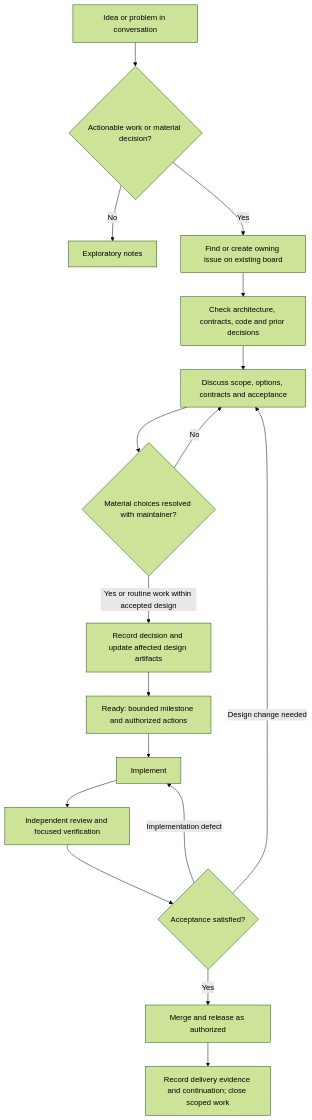
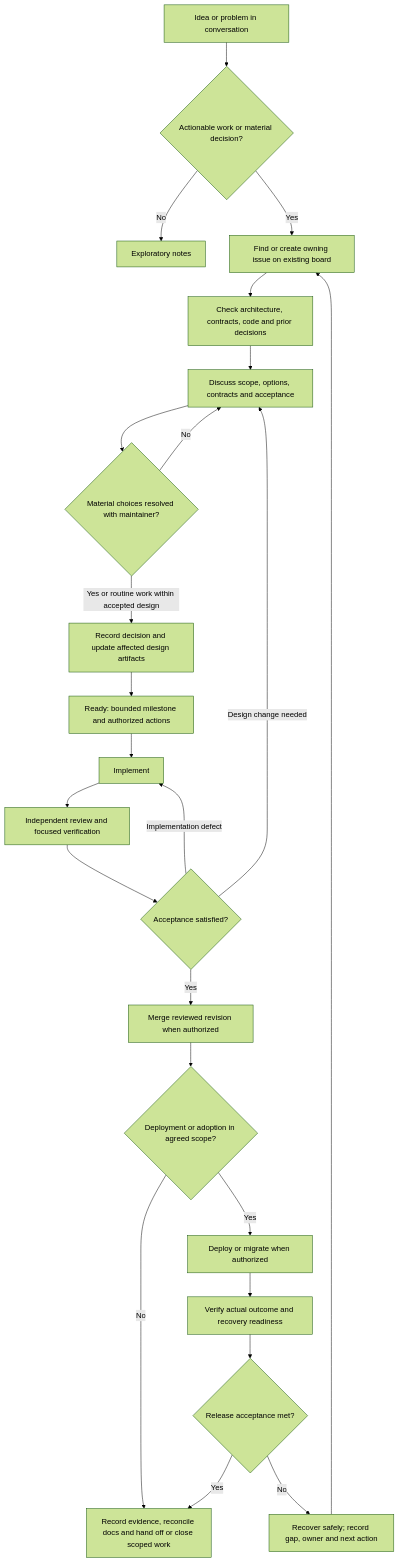
Before and after one commit to bardphysicslab/engineering-standards: the second of 2 diagrams in development-workflow.md, drawn with Mermaid (forest theme). The commit also changed other lines of this file and 11 other files, not shown here.

````diff
--- a/development-workflow.md
+++ b/development-workflow.md
@@ -99,19 +132,26 @@
 ```mermaid
 flowchart TB
     Idea["Idea or problem in conversation"] --> Capture{"Actionable work or material decision?"}
     Capture -->|No| Notes["Exploratory notes"]
     Capture -->|Yes| Issue["Find or create owning issue on existing board"]
     Issue --> Baseline["Check architecture, contracts, code and prior decisions"]
     Baseline --> Discuss["Discuss scope, options, contracts and acceptance"]
     Discuss --> Agreed{"Material choices resolved with maintainer?"}
     Agreed -->|No| Discuss
     Agreed -->|Yes or routine work within accepted design| Record["Record decision and update affected design artifacts"]
     Record --> Ready["Ready: bounded milestone and authorized actions"]
     Ready --> Implement["Implement"]
     Implement --> Review["Independent review and focused verification"]
     Review --> Accepted{"Acceptance satisfied?"}
     Accepted -->|Implementation defect| Implement
     Accepted -->|Design change needed| Discuss
-    Accepted -->|Yes| Deliver["Merge and release as authorized"]
-    Deliver --> Close["Record delivery evidence and continuation; close scoped work"]
+    Accepted -->|Yes| Merge["Merge reviewed revision when authorized"]
+    Merge --> Release{"Deployment or adoption in agreed scope?"}
+    Release -->|No| Close["Record evidence, reconcile docs and hand off or close scoped work"]
+    Release -->|Yes| Deploy["Deploy or migrate when authorized"]
+    Deploy --> Verify["Verify actual outcome and recovery readiness"]
+    Verify --> Outcome{"Release acceptance met?"}
+    Outcome -->|Yes| Close
+    Outcome -->|No| Recover["Recover safely; record gap, owner and next action"]
+    Recover --> Issue
 ```
````
